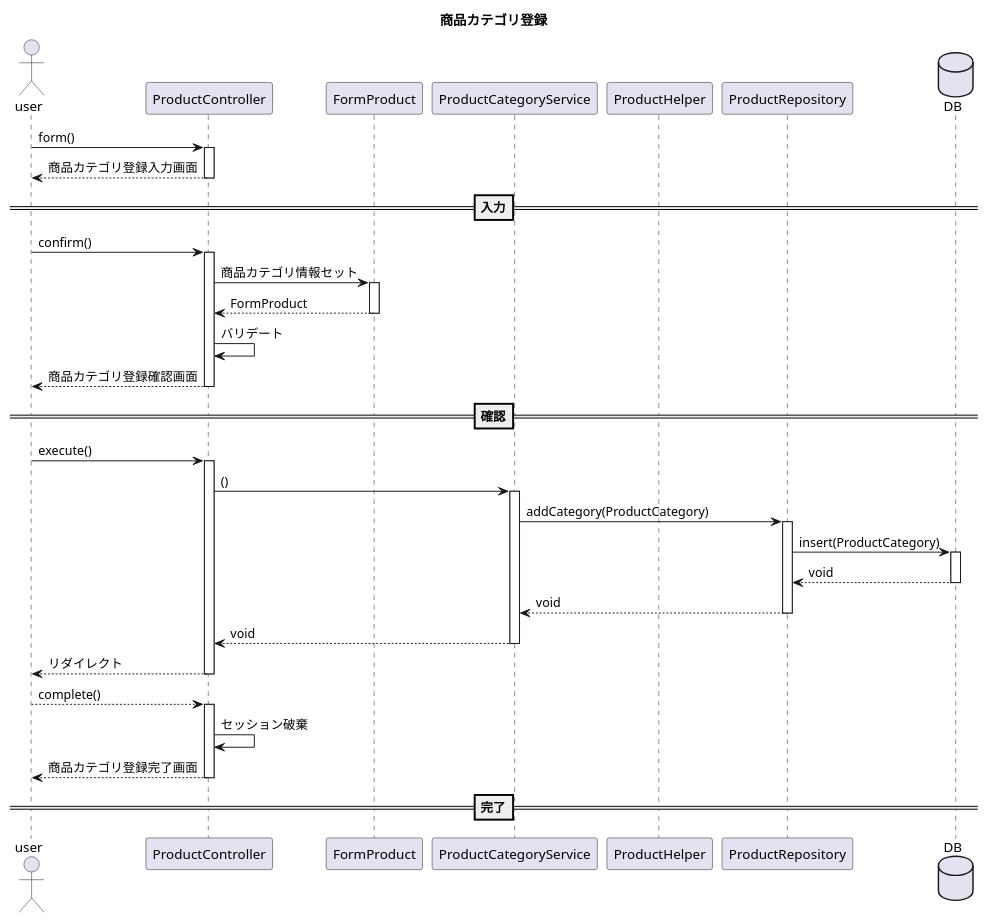
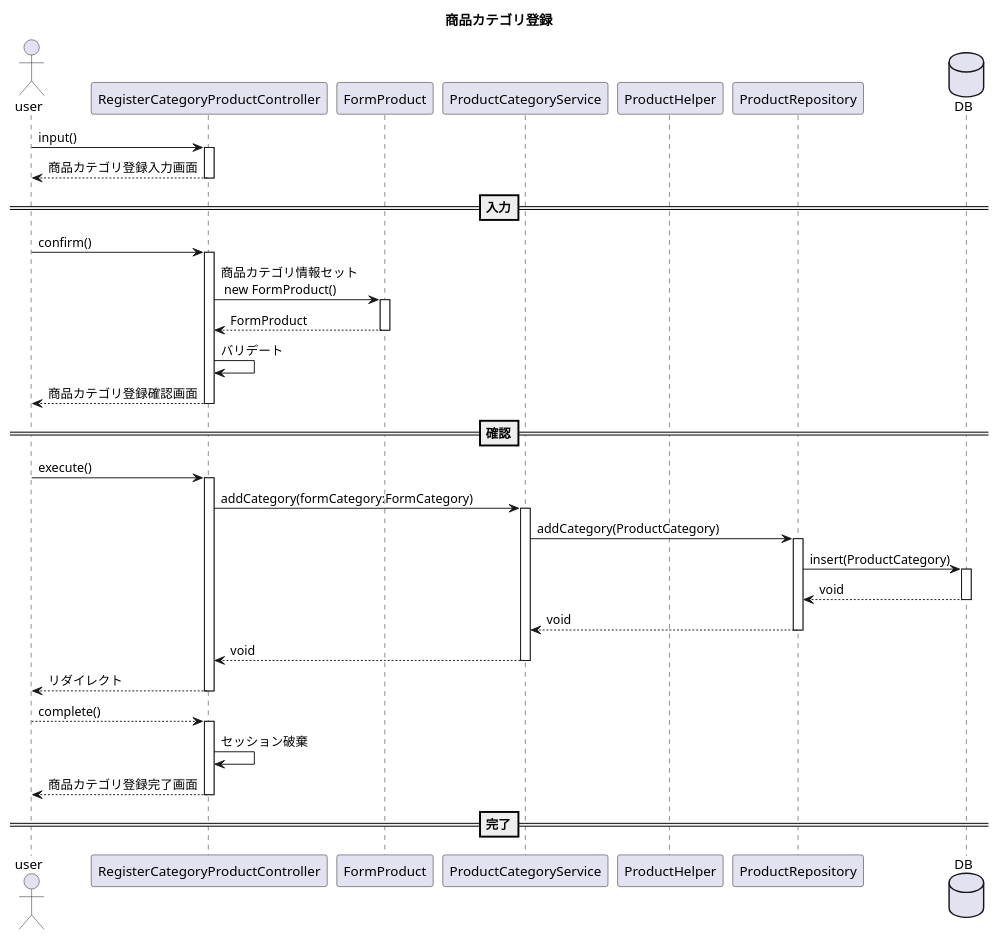
The diagram in plan/uml/sequence/uc014.plantuml (kanavii3333/ec-b), drawn with PlantUML before and after one commit. The commit also changed 5 other files, not shown here.

Commit message:
uc009~014.plantuml　修正

```diff
--- a/plan/uml/sequence/uc014.plantuml
+++ b/plan/uml/sequence/uc014.plantuml
@@ -1,33 +1,33 @@
 @startuml
 title 商品カテゴリ登録
 actor user
-participant ProductController as Controller
+participant RegisterCategoryProductController as Controller
 participant FormProduct as Form
 participant ProductCategoryService as Service
 participant ProductHelper as Helper
 participant ProductRepository as Repository
 database DB
 
 
-user -> Controller++:form()
+user -> Controller++:input()
 user <-- Controller--:商品カテゴリ登録入力画面
 ==入力==
 user -> Controller++:confirm()
-Controller -> Form++:商品カテゴリ情報セット
+Controller -> Form++:商品カテゴリ情報セット\n new FormProduct()
 Controller <-- Form--:FormProduct
 Controller -> Controller:バリデート
 user <-- Controller--:商品カテゴリ登録確認画面
 ==確認==
 user -> Controller++:execute()
-Controller -> Service++:()
+Controller -> Service++:addCategory(formCategory:FormCategory)
 Service -> Repository++:addCategory(ProductCategory)
 Repository -> DB++:insert(ProductCategory)
 Repository <-- DB--:void
 Service <-- Repository--:void
 Controller <-- Service--:void
 user <-- Controller--:リダイレクト
 user --> Controller++:complete()
 Controller -> Controller:セッション破棄
 user <-- Controller--:商品カテゴリ登録完了画面
 ==完了==
 @enduml
```
